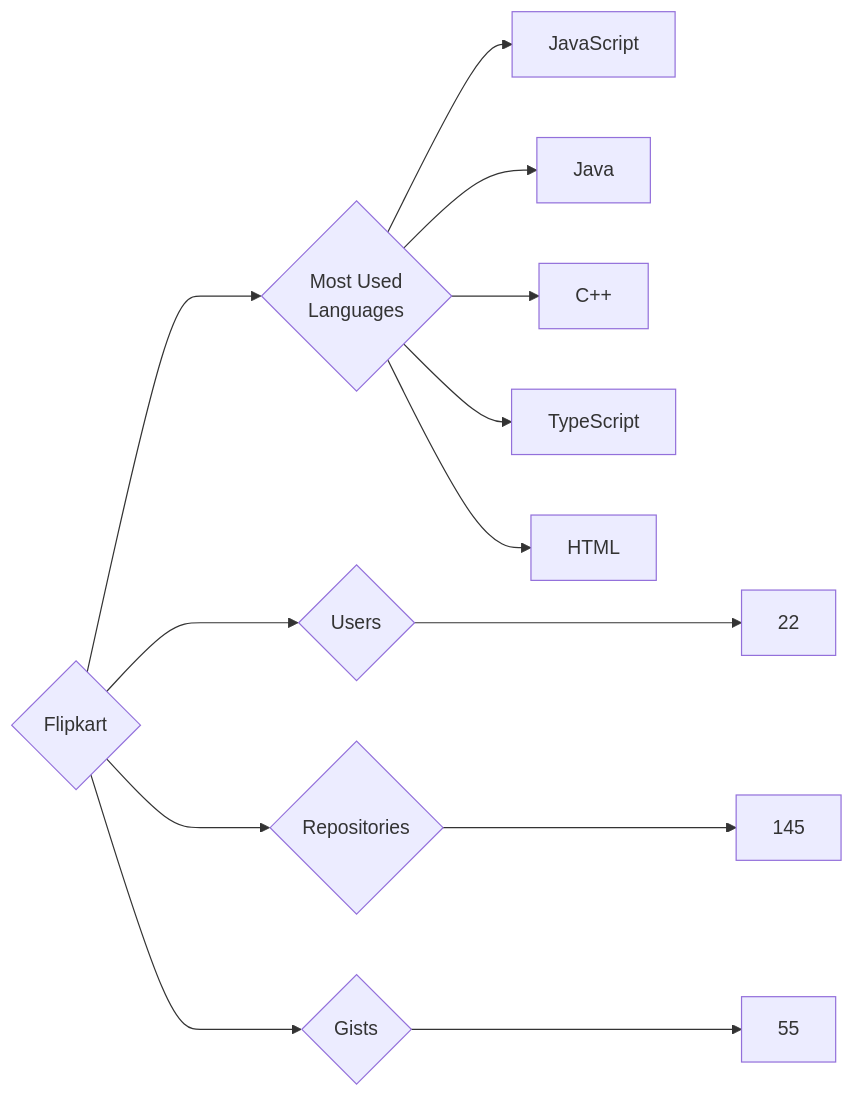
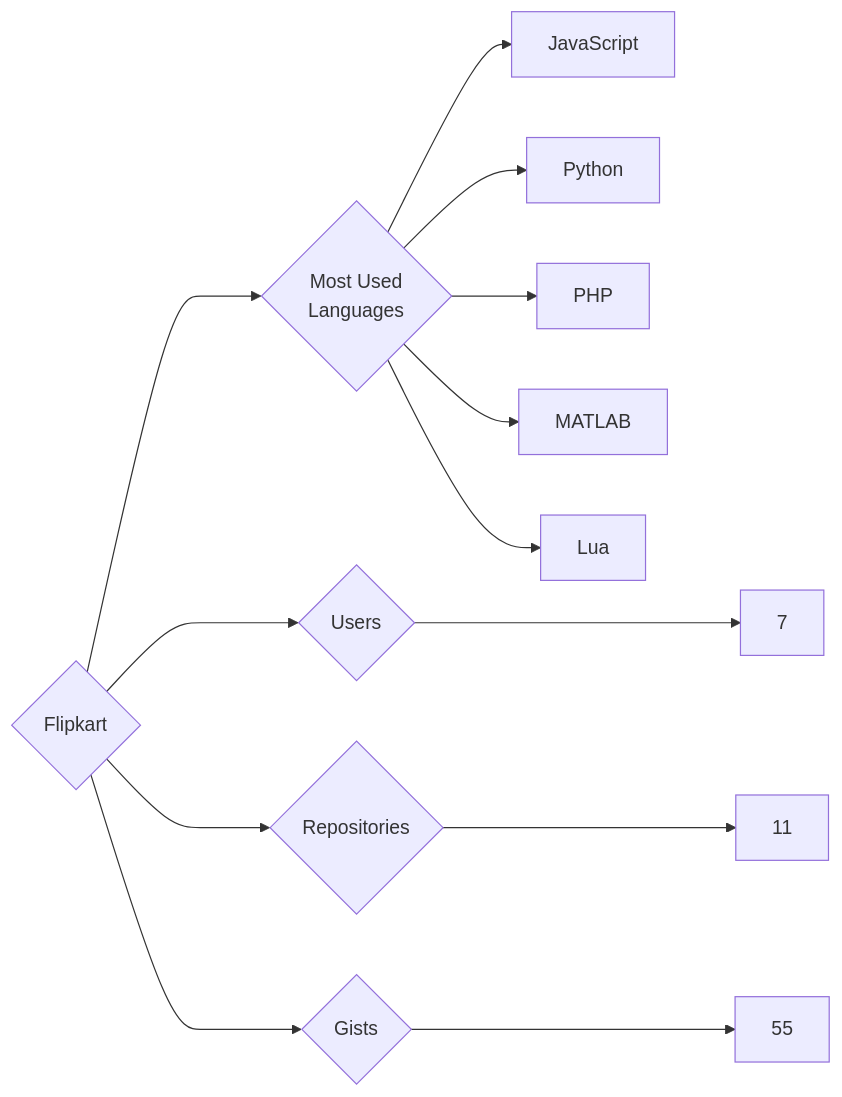
One commit to trickest/insiders changed the diagram in targets/Flipkart/README.md. Above: the diagram before and after it, drawn with Mermaid. The commit also changed 894 other files, not shown here.

````diff
--- a/targets/Flipkart/README.md
+++ b/targets/Flipkart/README.md
@@ -3,13 +3,13 @@
 ```mermaid
 graph LR
 COMPANY_NAME{Flipkart}
-COMPANY_NAME ---> U{Users} ---> UN[22]
-COMPANY_NAME ---> R{Repositories} ---> RN[145]
+COMPANY_NAME ---> U{Users} ---> UN[7]
+COMPANY_NAME ---> R{Repositories} ---> RN[11]
 COMPANY_NAME ---> G{Gists} ---> GN[55]
 COMPANY_NAME ---> ML{Most Used<br>Languages}
 ML --> JavaScript[JavaScript]
-ML --> Java[Java]
-ML --> C++[C++]
-ML --> TypeScript[TypeScript]
-ML --> HTML[HTML]
+ML --> Python[Python]
+ML --> PHP[PHP]
+ML --> MATLAB[MATLAB]
+ML --> Lua[Lua]
 ```
````
